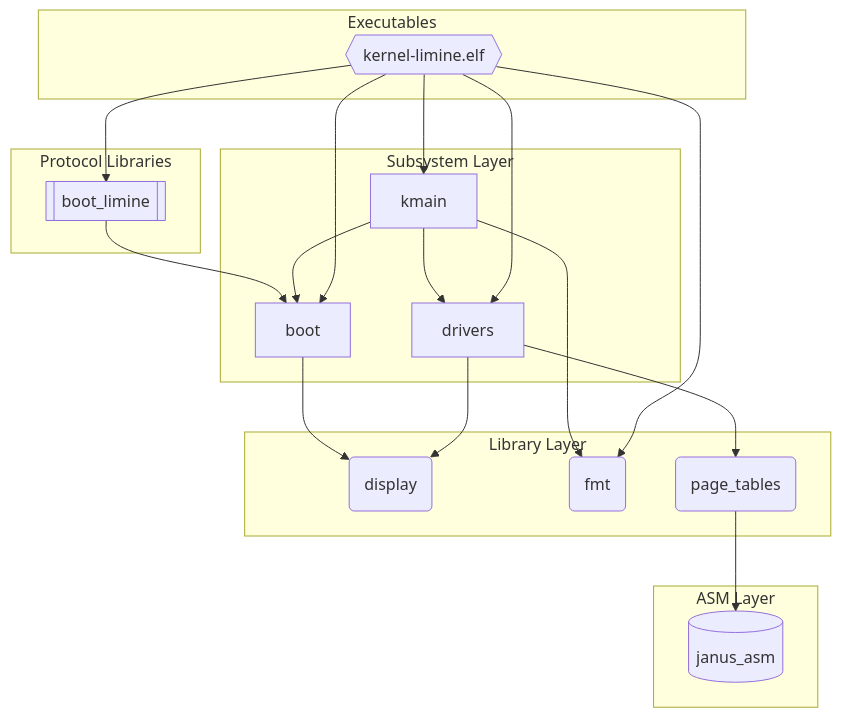
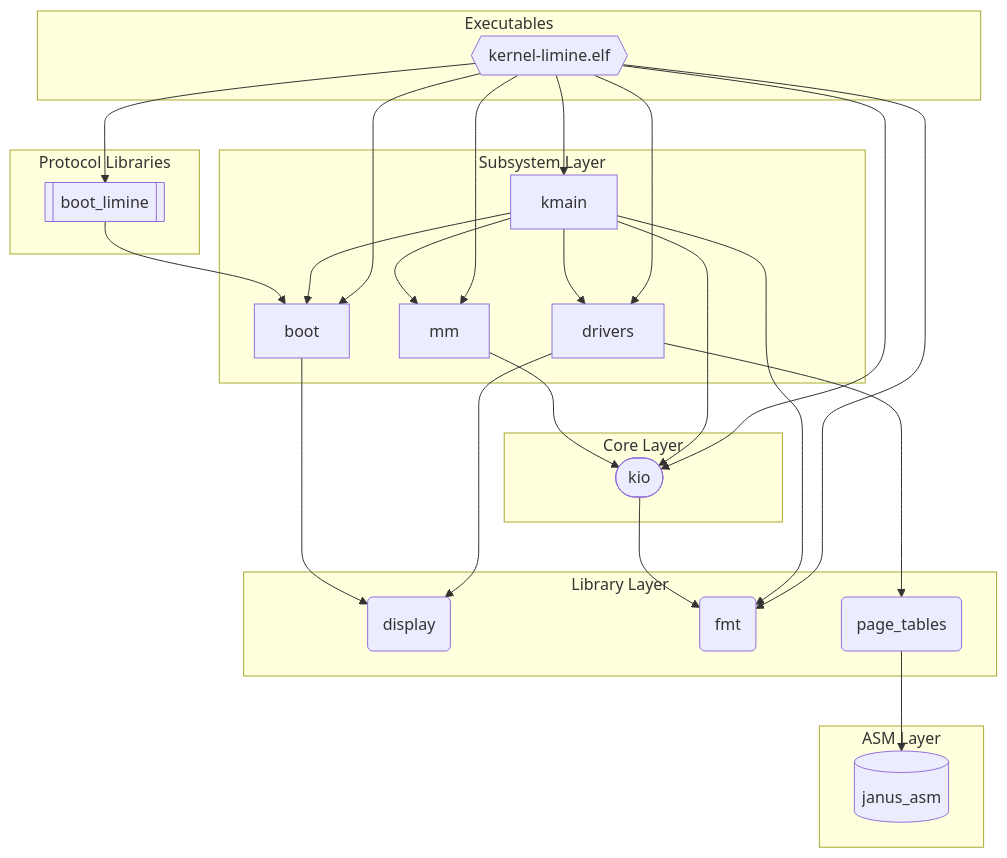
The diagram in docs/src/generated/deps-aarch64.md (FrederikTobner/JANUS), drawn with Mermaid before and after one commit. The commit also changed 28 other files, not shown here.

````diff
--- a/docs/src/generated/deps-aarch64.md
+++ b/docs/src/generated/deps-aarch64.md
@@ -3,35 +3,45 @@
 ```mermaid
 graph TD
   subgraph lib_layer["Library Layer"]
     display("display")
     fmt("fmt")
     page_tables("page_tables")
   end
+  subgraph core_layer["Core Layer"]
+    kio(["kio"])
+  end
   subgraph subsys_layer["Subsystem Layer"]
     boot["boot"]
     drivers["drivers"]
+    mm["mm"]
     kmain["kmain"]
   end
   subgraph proto_layer["Protocol Libraries"]
     boot_limine[["boot_limine"]]
   end
   subgraph exec_layer["Executables"]
     kernel_limine_elf{{"kernel-limine.elf"}}
   end
   subgraph asm_layer["ASM Layer"]
     janus_asm[("janus_asm")]
   end
   page_tables --> janus_asm
+  kio --> fmt
   boot --> display
   boot_limine --> boot
   drivers --> display
   drivers --> page_tables
+  mm --> kio
   kmain --> drivers
   kmain --> boot
   kmain --> fmt
+  kmain --> kio
+  kmain --> mm
   kernel_limine_elf --> drivers
   kernel_limine_elf --> boot
   kernel_limine_elf --> fmt
   kernel_limine_elf --> boot_limine
+  kernel_limine_elf --> kio
+  kernel_limine_elf --> mm
   kernel_limine_elf --> kmain
 ```
````
